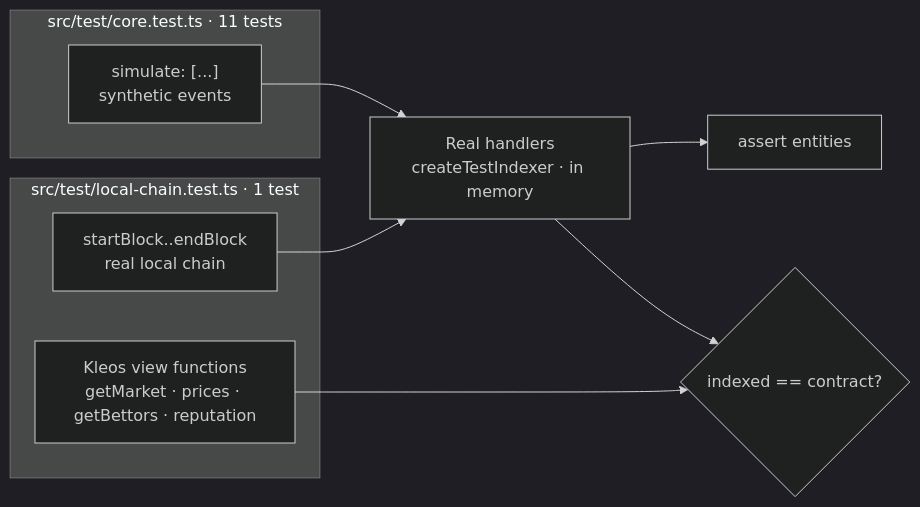
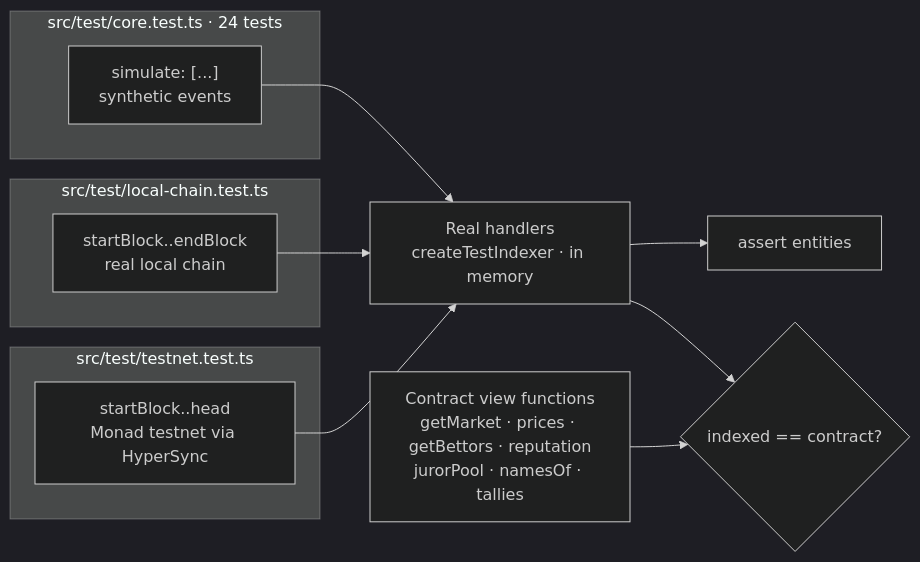
One commit to kleos-predictions/kleos changed the second of 10 diagrams in indexer/ARCHITECTURE.md. Above: the diagram before and after it, drawn with Mermaid (dark theme). The commit also changed other lines of this file and 6 other files, not shown here.

````diff
--- a/indexer/ARCHITECTURE.md
+++ b/indexer/ARCHITECTURE.md
@@ -55,17 +58,21 @@
 ```mermaid
 flowchart LR
-  subgraph unit["src/test/core.test.ts · 11 tests"]
+  subgraph unit["src/test/core.test.ts · 24 tests"]
     sim["simulate: [...]<br/>synthetic events"]
   end
-  subgraph integ["src/test/local-chain.test.ts · 1 test"]
+  subgraph integ["src/test/local-chain.test.ts"]
     range["startBlock..endBlock<br/>real local chain"]
-    views["Kleos view functions<br/>getMarket · prices · getBettors · reputation"]
   end
+  subgraph live["src/test/testnet.test.ts"]
+    trange["startBlock..head<br/>Monad testnet via HyperSync"]
+  end
+  views["Contract view functions<br/>getMarket · prices · getBettors · reputation<br/>jurorPool · namesOf · tallies"]
   handlers["Real handlers<br/>createTestIndexer · in memory"]
 
   sim --> handlers
   range --> handlers
+  trange --> handlers
   handlers --> assertU["assert entities"]
   handlers --> compare{"indexed == contract?"}
   views --> compare
 ```
````
